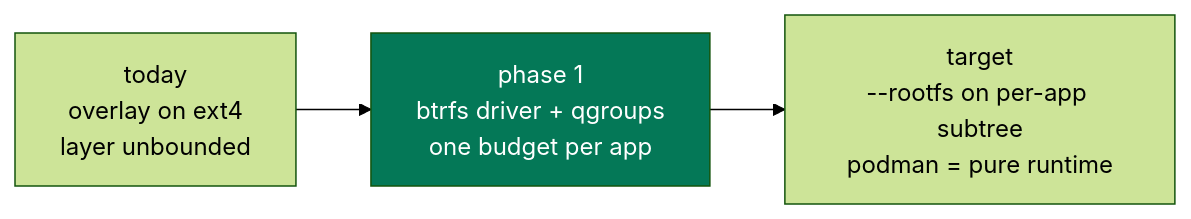
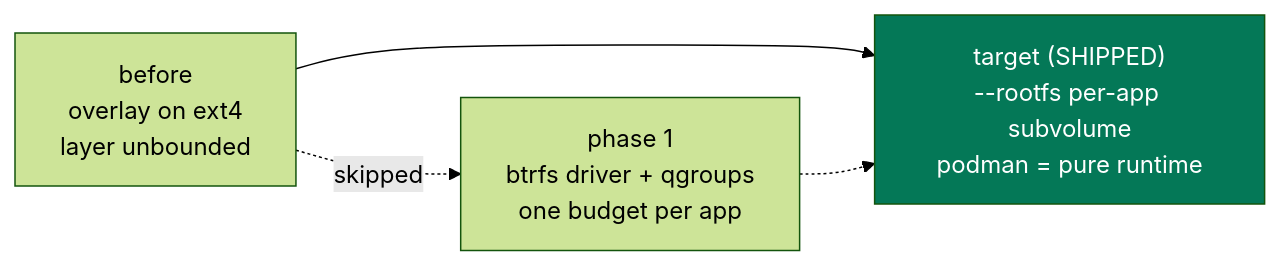
Before and after one commit to binwiederhier/hostit: the second of 2 diagrams in docs/slides/presentations/storage.md, drawn with Mermaid (forest theme). The commit also changed other lines of this file and 1 other file, not shown here.

First line of the commit message:
docs/slides: mark the storage target as shipped; rootfs-era tech overview

````diff
--- a/docs/slides/presentations/storage.md
+++ b/docs/slides/presentations/storage.md
@@ -422,6 +431,7 @@
 ```mermaid {scale: 0.75}
 flowchart LR
-  now["today<br/>overlay on ext4<br/>layer unbounded"] --> p1["phase 1<br/>btrfs driver + qgroups<br/>one budget per app"]
-  p1 --> tgt["target<br/>--rootfs on per-app subtree<br/>podman = pure runtime"]
-  style p1 fill:#047857,color:#fff
+  now["before<br/>overlay on ext4<br/>layer unbounded"] -.->|skipped| p1["phase 1<br/>btrfs driver + qgroups<br/>one budget per app"]
+  now --> tgt["target (SHIPPED)<br/>--rootfs per-app subvolume<br/>podman = pure runtime"]
+  p1 -.-> tgt
+  style tgt fill:#047857,color:#fff
 ```
````
